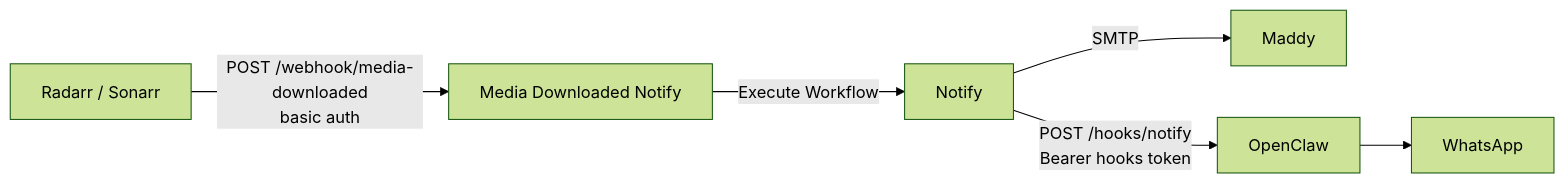
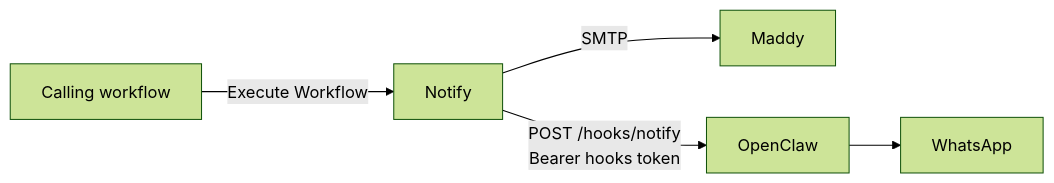
The diagram in clusters/homelab/services/ai/n8n/workflows/README.md (ppat/homelab-ops-kubernetes-clusters), drawn with Mermaid (forest theme) before and after one commit. The commit also changed other lines of this file and 4 other files, not shown here.

First line of the commit message:
feat(cluster-homelab): supply n8n notify credentials from the cluster and drop the media-downloaded workflow (#1282)

````diff
--- a/clusters/homelab/services/ai/n8n/workflows/README.md
+++ b/clusters/homelab/services/ai/n8n/workflows/README.md
@@ -17,8 +16,7 @@
 ```mermaid
 flowchart LR
-    arr[Radarr / Sonarr] -->|POST /webhook/media-downloaded<br/>basic auth| media[Media Downloaded Notify]
-    media -->|Execute Workflow| notify[Notify]
+    caller[Calling workflow] -->|Execute Workflow| notify[Notify]
     notify -->|SMTP| maddy[Maddy]
     notify -->|POST /hooks/notify<br/>Bearer hooks token| openclaw[OpenClaw]
     openclaw --> whatsapp[WhatsApp]
 ```
````
